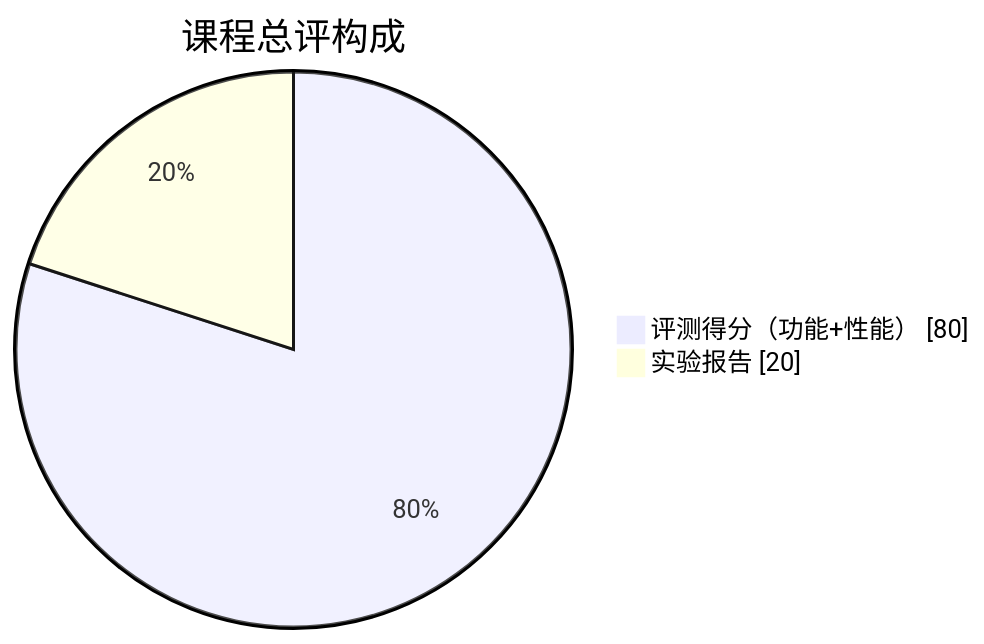
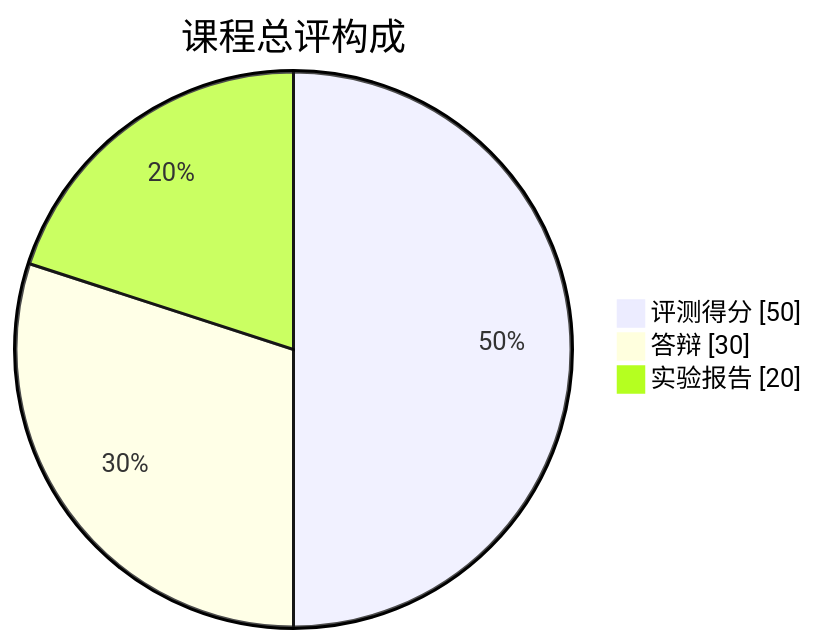
The diagram in docs/guide/grading.md (lightsmilew/compiler-principles), drawn with Mermaid before and after one commit. The commit also changed other lines of this file and 22 other files, not shown here.

````diff
--- a/docs/guide/grading.md
+++ b/docs/guide/grading.md
@@ -19,6 +20,7 @@
 ```mermaid
 pie showData
   title 课程总评构成
-  "评测得分（功能+性能）" : 80
+  "评测得分" : 50
+  "答辩" : 30
   "实验报告" : 20
 ```
````
